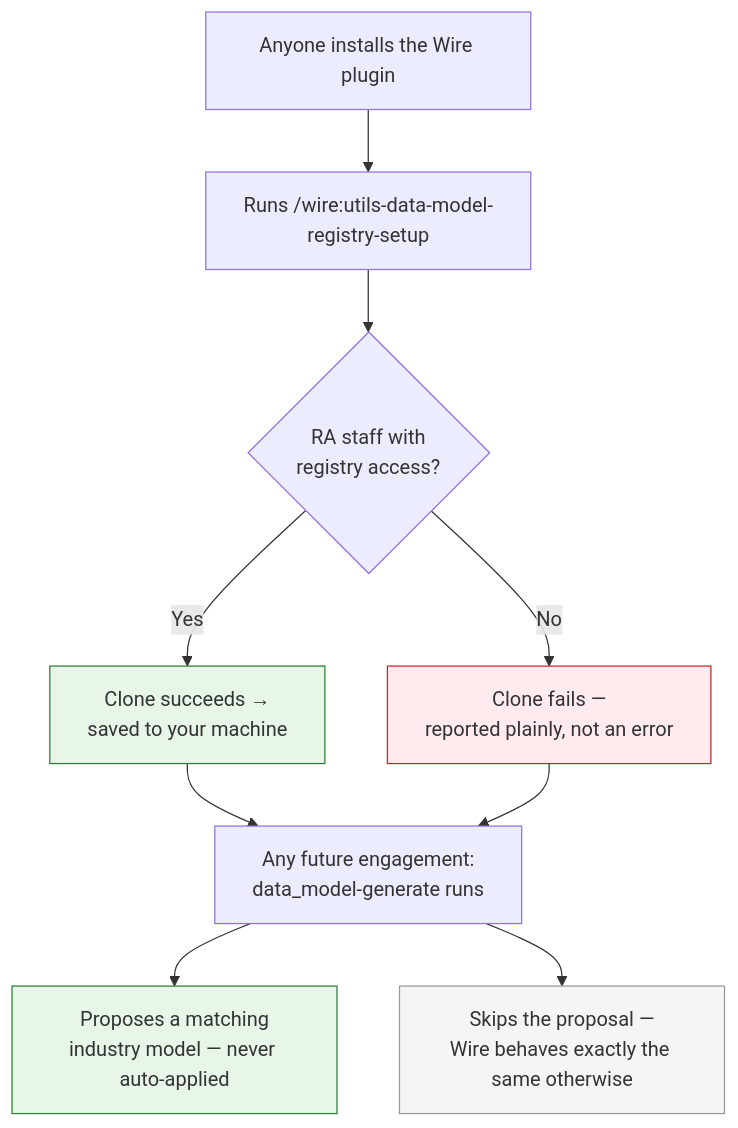
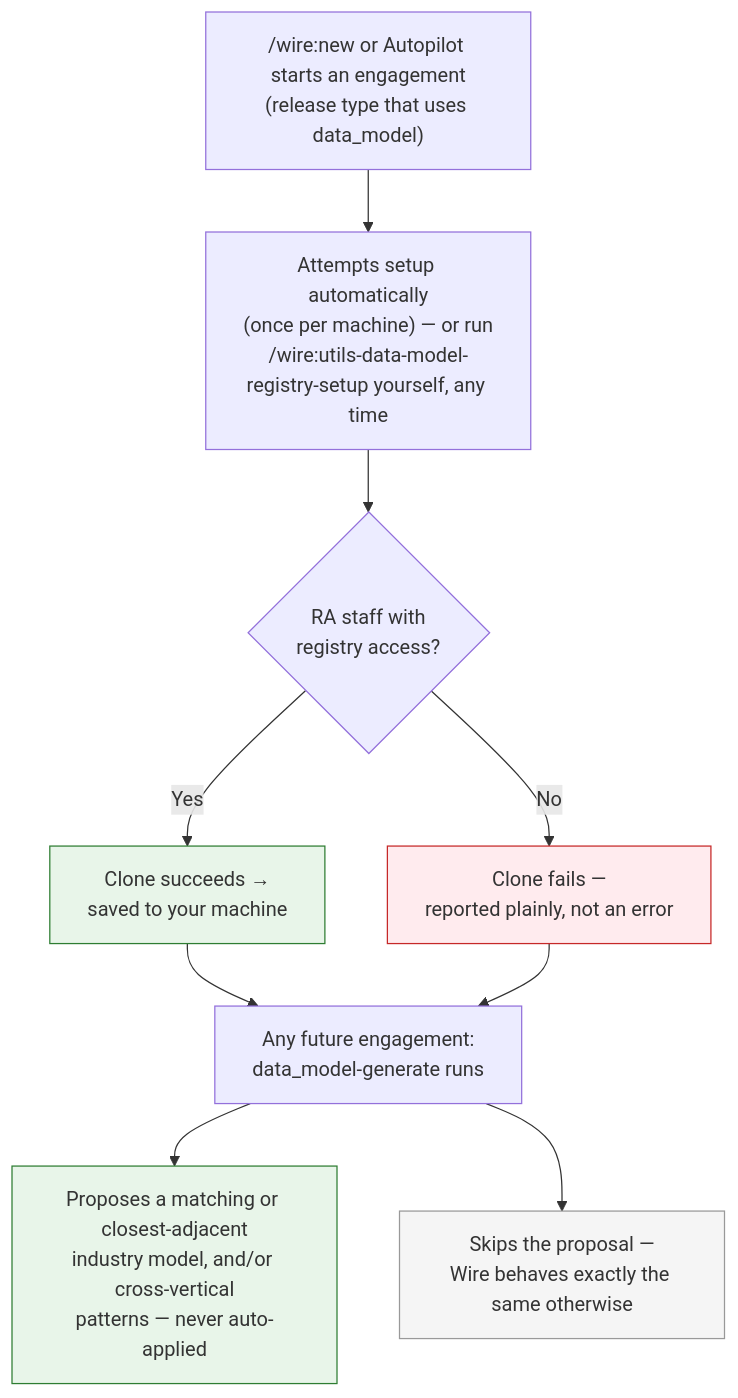
Before and after one commit to rittmananalytics/wire-plugin-preview: diagram 17 of 17 in USER_GUIDE.md, drawn with Mermaid. The commit also changed other lines of this file and 7 other files, not shown here.

First line of the commit message:
Wire Framework plugin v4.0.0-preview — auto-attempt data model registry setup, propose adjacent/cross-vertical matches

````diff
--- a/USER_GUIDE.md
+++ b/USER_GUIDE.md
@@ -4626,20 +4628,20 @@
 ```mermaid
 flowchart TB
-    START["Anyone installs the Wire plugin"]
-    CMD["Runs /wire:utils-data-model-registry-setup"]
+    START["/wire:new or Autopilot starts an engagement\n(release type that uses data_model)"]
+    AUTO["Attempts setup automatically\n(once per machine) — or run\n/wire:utils-data-model-registry-setup yourself, any time"]
     CHECK{"RA staff with<br/>registry access?"}
     YES["Clone succeeds →<br/>saved to your machine"]
     NO["Clone fails —<br/>reported plainly, not an error"]
     GEN["Any future engagement:<br/>data_model-generate runs"]
-    PROPOSE["Proposes a matching<br/>industry model — never auto-applied"]
+    PROPOSE["Proposes a matching or closest-adjacent<br/>industry model, and/or cross-vertical<br/>patterns — never auto-applied"]
     SKIP["Skips the proposal —<br/>Wire behaves exactly the same otherwise"]
 
-    START --> CMD --> CHECK
+    START --> AUTO --> CHECK
     CHECK -->|Yes| YES --> GEN --> PROPOSE
     CHECK -->|No| NO --> GEN --> SKIP
 
     style YES fill:#e8f5e9,stroke:#2e7d32
     style NO fill:#ffebee,stroke:#c62828
     style PROPOSE fill:#e8f5e9,stroke:#2e7d32
     style SKIP fill:#f5f5f5,stroke:#999
 ```
````
